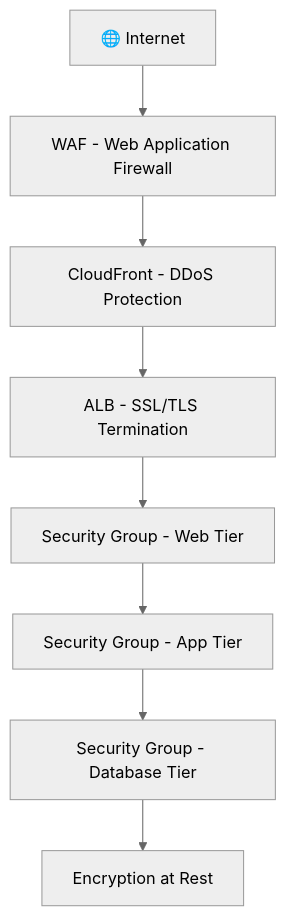
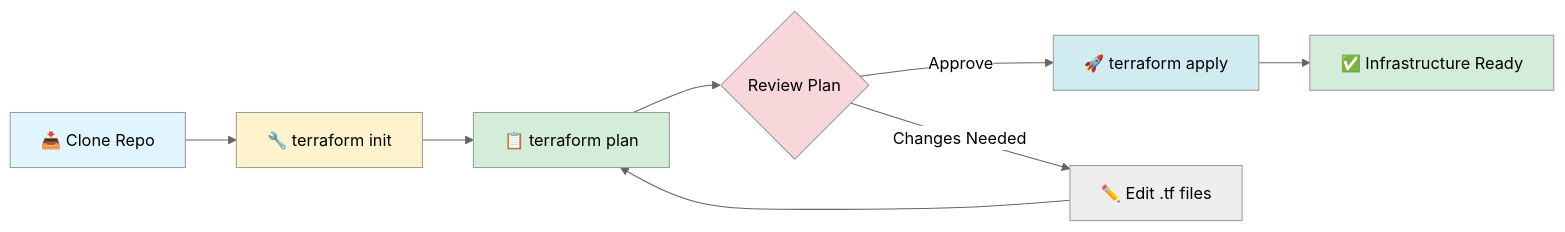
The second of 2 diagrams in README.md (sujalkamanna/terraform-project), drawn with Mermaid (neutral theme) before and after one commit. The commit also changed other lines of this file, not shown here.

````diff
--- a/README.md
+++ b/README.md
@@ -287,12 +277,17 @@
 ```mermaid
-graph TB
-    A[🌐 Internet] --> B[WAF - Web Application Firewall]
-    B --> C[CloudFront - DDoS Protection]
-    C --> D[ALB - SSL/TLS Termination]
-    D --> E[Security Group - Web Tier]
-    E --> F[Security Group - App Tier]
-    F --> G[Security Group - Database Tier]
-    G --> H[Encryption at Rest]
+graph LR
+    A[📥 Clone Repo] --> B[🔧 terraform init]
+    B --> C[📋 terraform plan]
+    C --> D{Review Plan}
+    D -->|Approve| E[🚀 terraform apply]
+    D -->|Changes Needed| F[✏️ Edit .tf files]
+    F --> C
+    E --> G[✅ Infrastructure Ready]
     
-   
+    style A fill:#e1f5ff
+    style B fill:#fff3cd
+    style C fill:#d4edda
+    style D fill:#f8d7da
+    style E fill:#d1ecf1
+    style G fill:#d4edda
 ```
````
